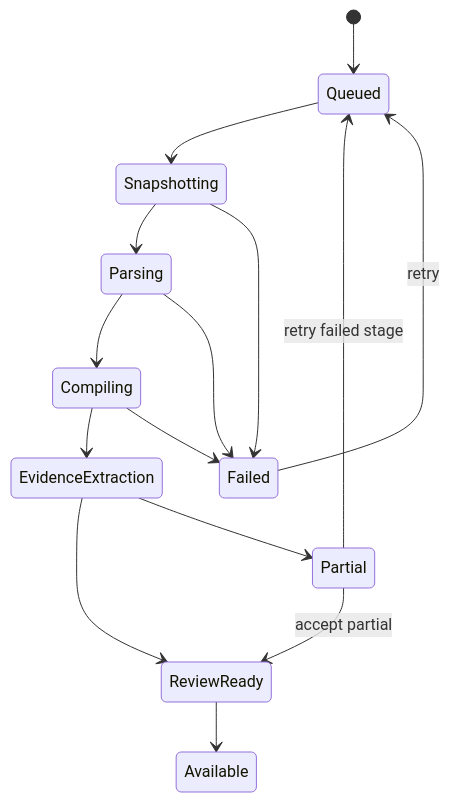
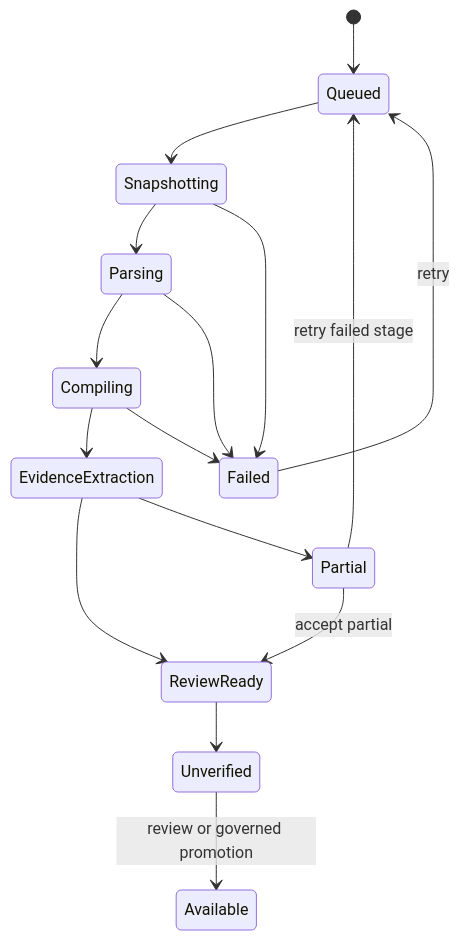
The second of 2 diagrams in docs/product/产品设计-FlyWiki-一期.md (FlyAIBox/fly-wiki), drawn with Mermaid before and after one commit. The commit also changed other lines of this file and 15 other files, not shown here.

````diff
--- a/docs/product/产品设计-FlyWiki-一期.md
+++ b/docs/product/产品设计-FlyWiki-一期.md
@@ -136,17 +146,18 @@
 ```mermaid
 stateDiagram-v2
     [*] --> Queued
     Queued --> Snapshotting
     Snapshotting --> Parsing
     Parsing --> Compiling
     Compiling --> EvidenceExtraction
     EvidenceExtraction --> ReviewReady
-    ReviewReady --> Available
+    ReviewReady --> Unverified
+    Unverified --> Available: review or governed promotion
     Snapshotting --> Failed
     Parsing --> Failed
     Compiling --> Failed
     EvidenceExtraction --> Partial
     Failed --> Queued: retry
     Partial --> ReviewReady: accept partial
     Partial --> Queued: retry failed stage
 ```
````
